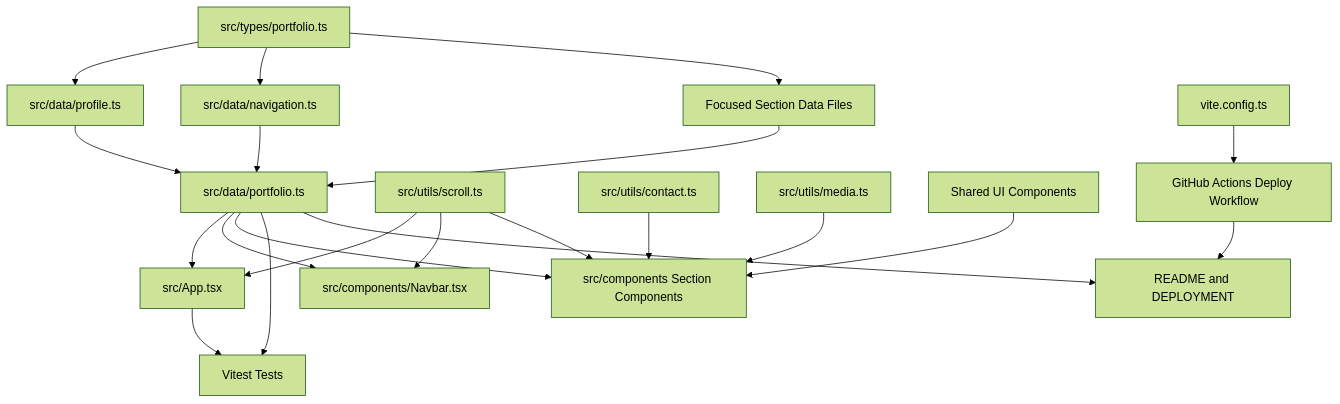
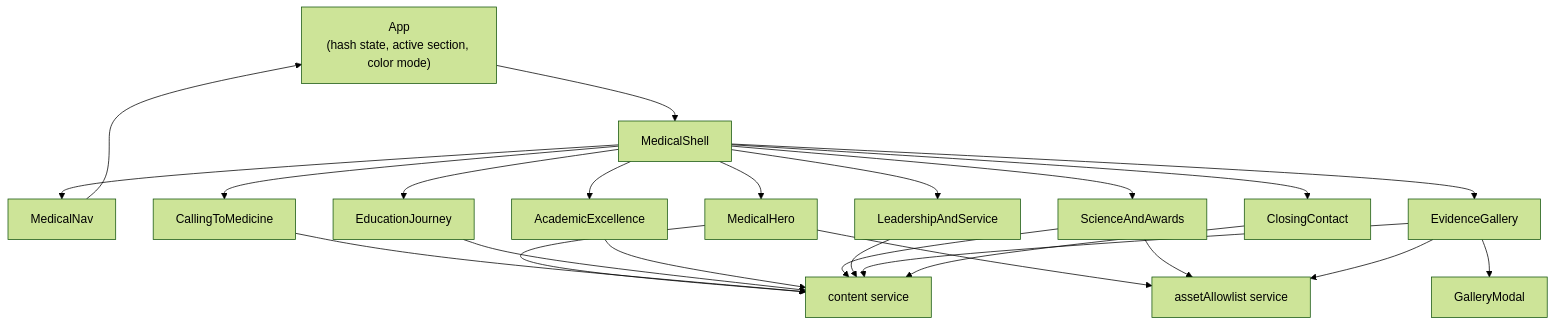
One commit to StratusNebulosus/StratusNebulosus.github.io changed the diagram in aidlc-docs/inception/application-design/component-dependency.md. Above: the diagram before and after it, drawn with Mermaid (forest theme). The commit also changed other lines of this file and 299 other files, not shown here.

````diff
--- a/aidlc-docs/inception/application-design/component-dependency.md
+++ b/aidlc-docs/inception/application-design/component-dependency.md
@@ -5,40 +30,36 @@
 ```mermaid
 flowchart TD
-    Types["src/types/portfolio.ts"]
-    Profile["src/data/profile.ts"]
-    Navigation["src/data/navigation.ts"]
-    SectionsData["Focused Section Data Files"]
-    Portfolio["src/data/portfolio.ts"]
-    Scroll["src/utils/scroll.ts"]
-    ContactUtil["src/utils/contact.ts"]
-    MediaUtil["src/utils/media.ts"]
-    SharedUI["Shared UI Components"]
-    App["src/App.tsx"]
-    Navbar["src/components/Navbar.tsx"]
-    Sections["src/components Section Components"]
-    Tests["Vitest Tests"]
-    Docs["README and DEPLOYMENT"]
-    Vite["vite.config.ts"]
-    Workflow["GitHub Actions Deploy Workflow"]
+    App["App<br/>(hash state, active section, color mode)"]
+    Shell["MedicalShell"]
+    Nav["MedicalNav"]
+    Content["content service"]
+    Allow["assetAllowlist service"]
 
-    Types --> Profile
-    Types --> Navigation
-    Types --> SectionsData
-    Profile --> Portfolio
-    Navigation --> Portfolio
-    SectionsData --> Portfolio
-    Portfolio --> App
-    Portfolio --> Navbar
-    Portfolio --> Sections
-    Scroll --> App
-    Scroll --> Navbar
-    Scroll --> Sections
-    ContactUtil --> Sections
-    MediaUtil --> Sections
-    SharedUI --> Sections
-    Portfolio --> Tests
-    App --> Tests
-    Portfolio --> Docs
-    Vite --> Workflow
-    Workflow --> Docs
+    App --> Shell
+    Shell --> Nav
+    Shell --> Hero["MedicalHero"]
+    Shell --> Calling["CallingToMedicine"]
+    Shell --> Edu["EducationJourney"]
+    Shell --> Academic["AcademicExcellence"]
+    Shell --> Science["ScienceAndAwards"]
+    Shell --> Leadership["LeadershipAndService"]
+    Shell --> Gallery["EvidenceGallery"]
+    Shell --> Contact["ClosingContact"]
+
+    Hero --> Content
+    Calling --> Content
+    Edu --> Content
+    Academic --> Content
+    Science --> Content
+    Leadership --> Content
+    Gallery --> Content
+    Contact --> Content
+
+    Hero --> Allow
+    Science --> Allow
+    Gallery --> Allow
+
+    Gallery --> Modal["GalleryModal"]
+
+    Nav --> App
 ```
````
